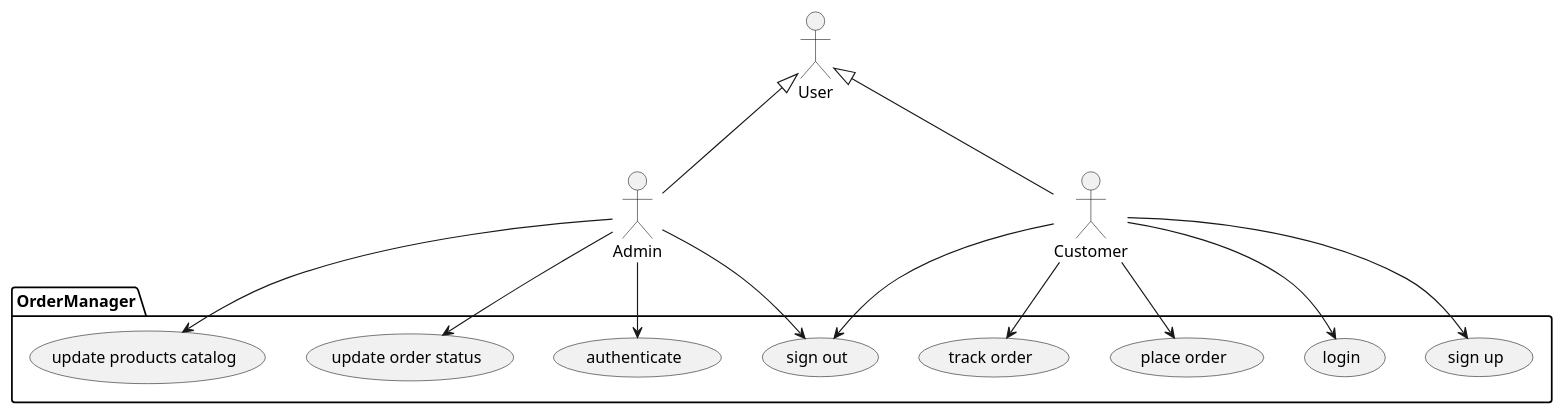
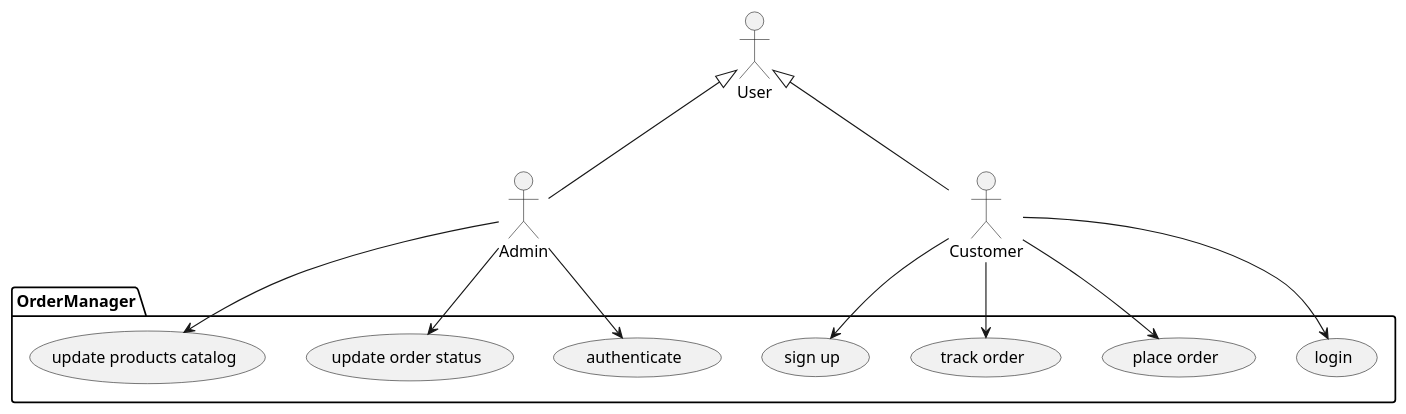
One commit to treamy1/order_management_system changed the diagram in uml/use_case.wsd. Above: the diagram before and after it, drawn with PlantUML.

Commit message:
Removed Sign-Out

```diff
--- a/uml/use_case.wsd
+++ b/uml/use_case.wsd
@@ -1,21 +1,19 @@
 @startuml Use-Case Diagram
 :User:
 :Admin:
 :Customer:
 
 User <|-- Admin
 User <|-- Customer
 
 package OrderManager{
 Admin --> (authenticate)
 Admin --> (update order status)
 Admin --> (update products catalog)
-Admin --> (sign out)
 
 Customer --> (sign up)
 Customer --> (login)
 Customer --> (place order)
 Customer --> (track order)
-Customer --> (sign out)
 }
 @enduml
```
